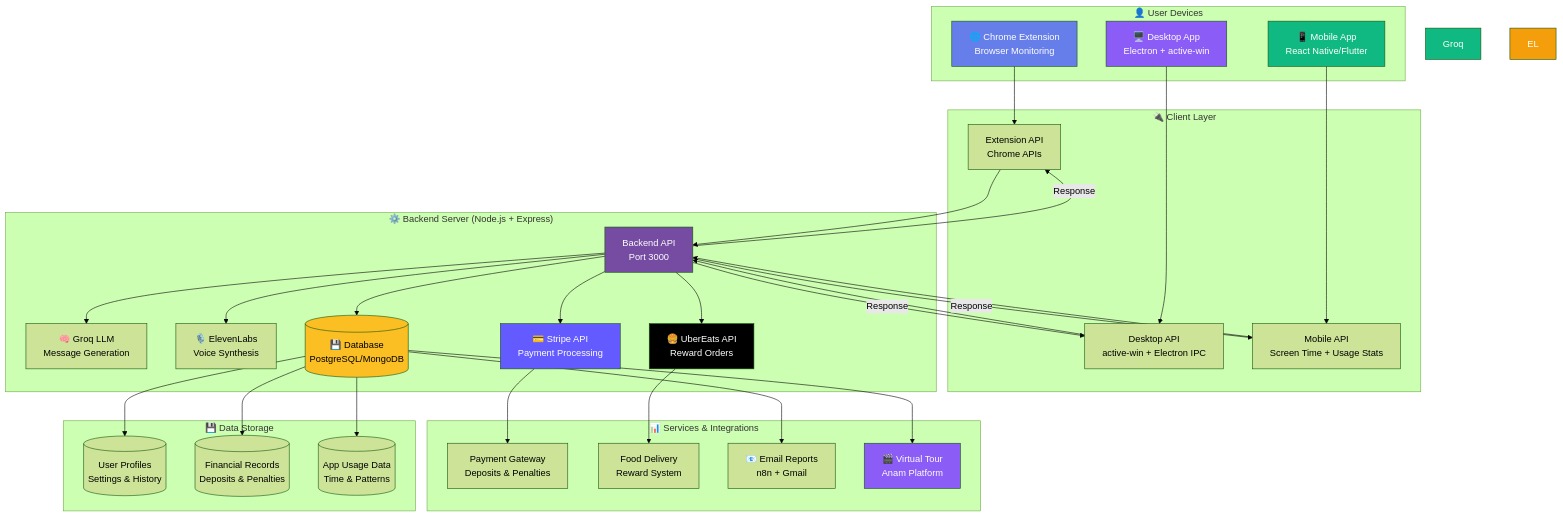
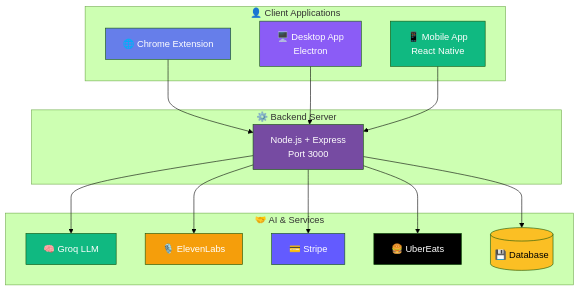
Before and after one commit to Jessi0803/Bad_Habit_Breaker: the first of 2 diagrams in README.md, drawn with Mermaid (forest theme). The commit also changed other lines of this file, not shown here.

Commit message:
🎨 Simplify architecture diagrams
Simplified architecture diagrams for better readability:

1. System Architecture
   - Reduced connection lines
   - Cleaner grouping
   - Simplified flow

2. Data Flow Sequence
   - Consolidated participants
   - Clearer 3-step flow
   - Less visual clutter

Diagrams now focus on core relationships without overwhelming detail.

````diff
--- a/README.md
+++ b/README.md
@@ -395,54 +395,40 @@
 ```mermaid
 graph TB
-    subgraph "👤 User Devices"
-        CE[🌐 Chrome Extension<br/>Browser Monitoring]
-        DA[🖥️ Desktop App<br/>Electron + active-win]
-        MA[📱 Mobile App<br/>React Native/Flutter]
+    subgraph "👤 Client Applications"
+        CE[🌐 Chrome Extension]
+        DA[🖥️ Desktop App<br/>Electron]
+        MA[📱 Mobile App<br/>React Native]
     end
     
-    subgraph "🔌 Client Layer"
-        CE --> API1[Extension API<br/>Chrome APIs]
-        DA --> API2[Desktop API<br/>active-win + Electron IPC]
-        MA --> API3[Mobile API<br/>Screen Time + Usage Stats]
+    subgraph "⚙️ Backend Server"
+        Backend[Node.js + Express<br/>Port 3000]
     end
     
-    subgraph "⚙️ Backend Server (Node.js + Express)"
-        API1 --> Backend[Backend API<br/>Port 3000]
-        API2 --> Backend
-        API3 --> Backend
-        
-        Backend --> LLM[🧠 Groq LLM<br/>Message Generation]
-        Backend --> TTS[🎙️ ElevenLabs<br/>Voice Synthesis]
-        Backend --> DB[(💾 Database<br/>PostgreSQL/MongoDB)]
-        Backend --> Stripe[💳 Stripe API<br/>Payment Processing]
-        Backend --> Uber[🍔 UberEats API<br/>Reward Orders]
+    subgraph "🤝 AI & Services"
+        LLM[🧠 Groq LLM]
+        TTS[🎙️ ElevenLabs]
+        Stripe[💳 Stripe]
+        Uber[🍔 UberEats]
+        DB[(💾 Database)]
     end
     
-    subgraph "📊 Services & Integrations"
-        Stripe --> Payment[Payment Gateway<br/>Deposits & Penalties]
-        Uber --> Delivery[Food Delivery<br/>Reward System]
-        DB --> Report[📧 Email Reports<br/>n8n + Gmail]
-        DB --> Tour[🎬 Virtual Tour<br/>Anam Platform]
-    end
+    CE --> Backend
+    DA --> Backend
+    MA --> Backend
     
-    subgraph "💾 Data Storage"
-        DB --> UserData[(User Profiles<br/>Settings & History)]
-        DB --> Financial[(Financial Records<br/>Deposits & Penalties)]
-        DB --> AppTracking[(App Usage Data<br/>Time & Patterns)]
-    end
-    
-    Backend -->|Response| API1
-    Backend -->|Response| API2
-    Backend -->|Response| API3
+    Backend --> LLM
+    Backend --> TTS
+    Backend --> Stripe
+    Backend --> Uber
+    Backend --> DB
     
     style CE fill:#667eea,color:#fff
     style DA fill:#8b5cf6,color:#fff
     style MA fill:#10b981,color:#fff
     style Backend fill:#764ba2,color:#fff
+    style LLM fill:#10b981,color:#fff
+    style TTS fill:#f59e0b,color:#fff
     style Stripe fill:#635bff,color:#fff
     style Uber fill:#000,color:#fff
     style DB fill:#fbbf24,color:#000
-    style Groq fill:#10b981,color:#fff
-    style EL fill:#f59e0b,color:#fff
-    style Tour fill:#8b5cf6,color:#fff
 ```
````
